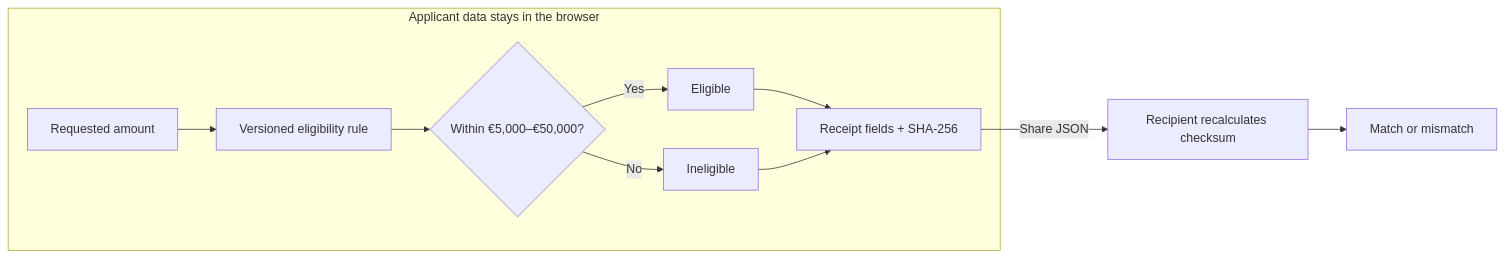
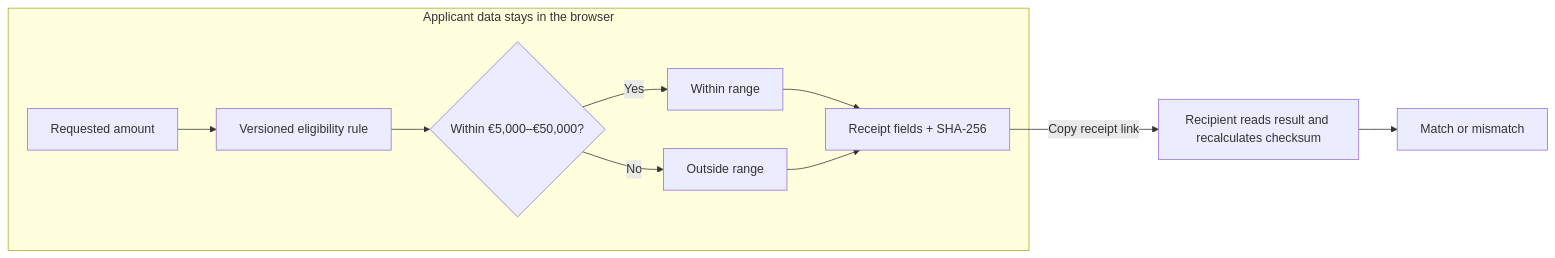
One commit to thesithunyein/meritseal changed the diagram in README.md. Above: the diagram before and after it, drawn with Mermaid. The commit also changed other lines of this file and 2 other files, not shown here.

````diff
--- a/README.md
+++ b/README.md
@@ -28,13 +32,13 @@
 ```mermaid
 flowchart LR
     subgraph Browser["Applicant data stays in the browser"]
         Amount["Requested amount"] --> Rule["Versioned eligibility rule"]
         Rule --> Decision{"Within €5,000–€50,000?"}
-        Decision -->|Yes| Pass["Eligible"]
-        Decision -->|No| Reject["Ineligible"]
+        Decision -->|Yes| Pass["Within range"]
+        Decision -->|No| Reject["Outside range"]
         Pass --> Receipt["Receipt fields + SHA-256"]
         Reject --> Receipt
     end
-    Receipt -->|"Share JSON"| Checker["Recipient recalculates checksum"]
+    Receipt -->|"Copy receipt link"| Checker["Recipient reads result and recalculates checksum"]
     Checker --> Result["Match or mismatch"]
 ```
````
